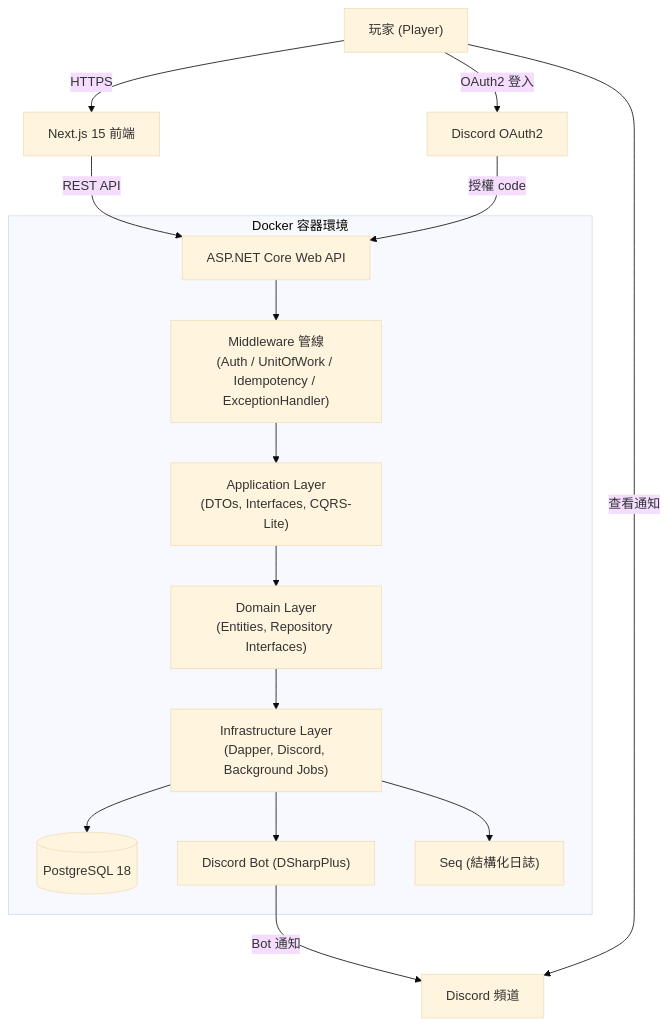
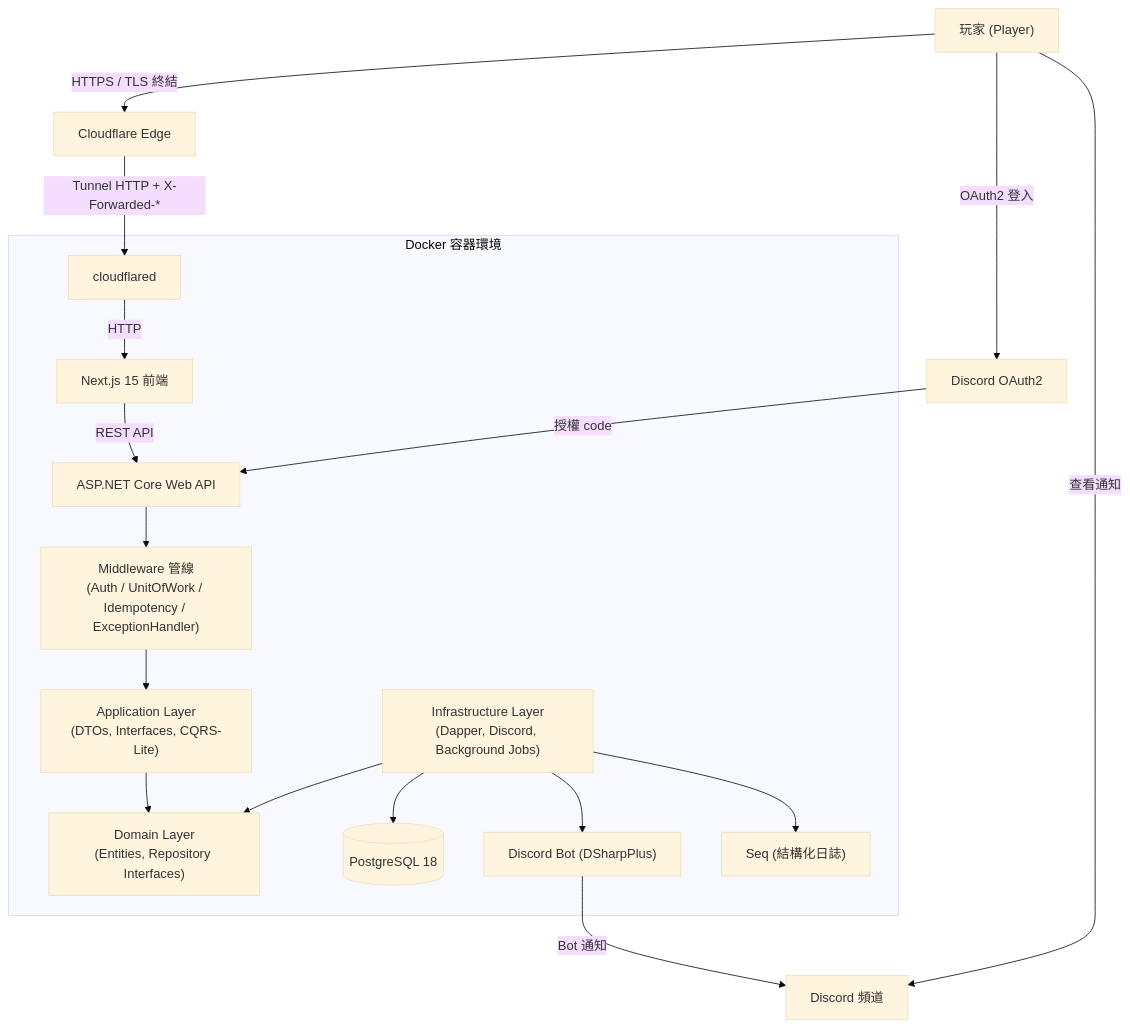
One commit to MinMiss5678/MapleStoryRaidScheduler changed the first of 5 diagrams in docs/architecture.md. Above: the diagram before and after it, drawn with Mermaid (base theme). The commit also changed other lines of this file, not shown here.

First line of the commit message:
docs(arch): 新增 Cloudflare 網路層至架構圖

````diff
--- a/docs/architecture.md
+++ b/docs/architecture.md
@@ -11,21 +11,23 @@
 ```mermaid
 graph TD
-    User["玩家 (Player)"] -->|HTTPS| Frontend["Next.js 15 前端"]
-    Frontend -->|REST API| Backend["ASP.NET Core Web API"]
+    User["玩家 (Player)"] -->|HTTPS / TLS 終結| Cloudflare["Cloudflare Edge"]
+    Cloudflare -->|Tunnel HTTP + X-Forwarded-*| Cloudflared["cloudflared"]
 
     subgraph "Docker 容器環境"
+        Cloudflared -->|HTTP| Frontend["Next.js 15 前端"]
+        Frontend -->|REST API| Backend["ASP.NET Core Web API"]
         Backend --> Middleware["Middleware 管線\n(Auth / UnitOfWork / Idempotency / ExceptionHandler)"]
         Middleware --> Application["Application Layer\n(DTOs, Interfaces, CQRS-Lite)"]
         Application --> Domain["Domain Layer\n(Entities, Repository Interfaces)"]
-        Domain --> Infrastructure["Infrastructure Layer\n(Dapper, Discord, Background Jobs)"]
+        Infrastructure["Infrastructure Layer\n(Dapper, Discord, Background Jobs)"] --> Domain
 
         Infrastructure --> DB[("PostgreSQL 18")]
         Infrastructure --> DiscordBot["Discord Bot (DSharpPlus)"]
         Infrastructure --> Seq["Seq (結構化日誌)"]
     end
 
     DiscordBot -->|Bot 通知| DiscordChannel["Discord 頻道"]
     User -->|查看通知| DiscordChannel
     User -->|OAuth2 登入| DiscordOAuth["Discord OAuth2"]
     DiscordOAuth -->|授權 code| Backend
 ```
````
